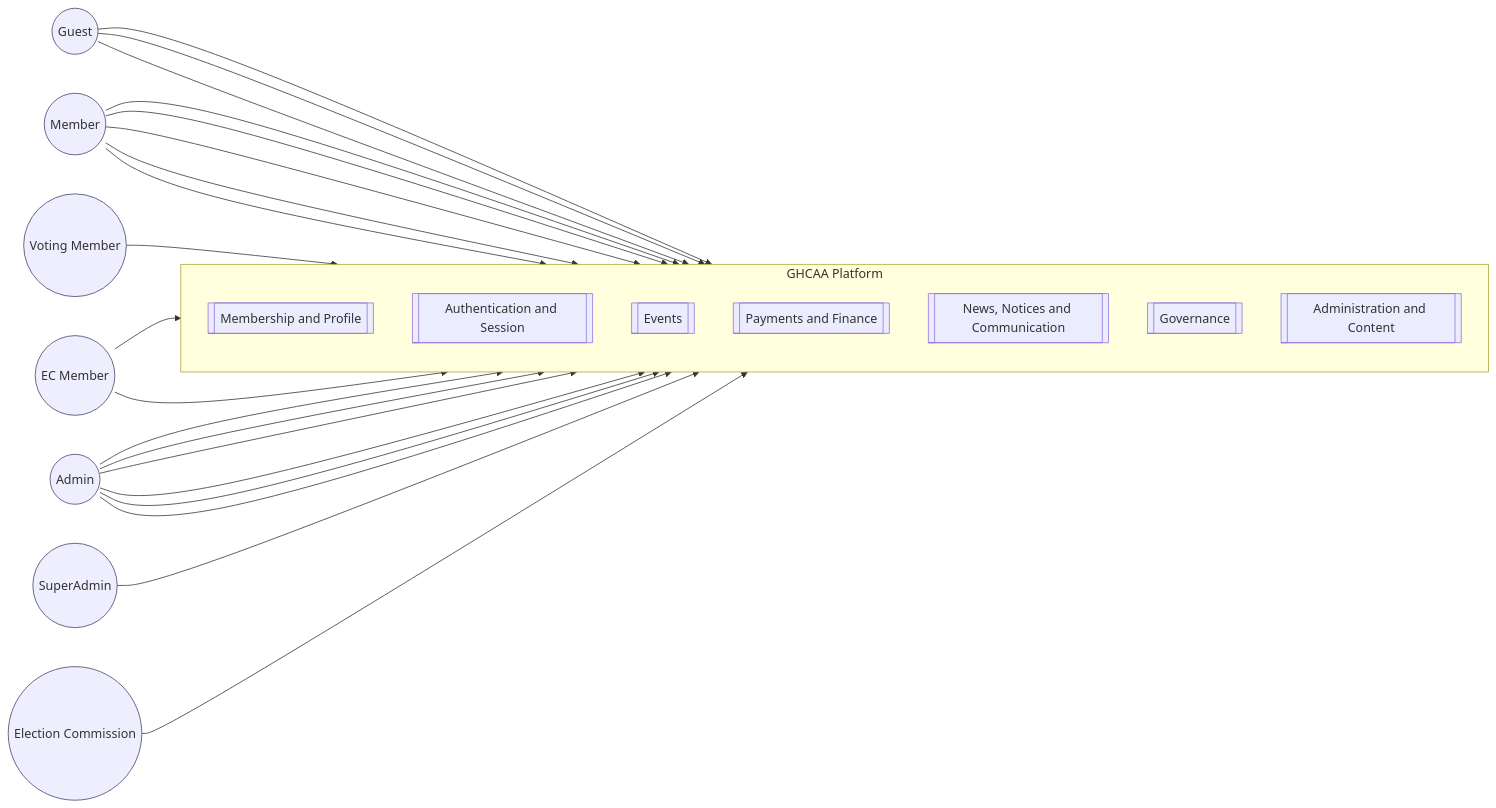
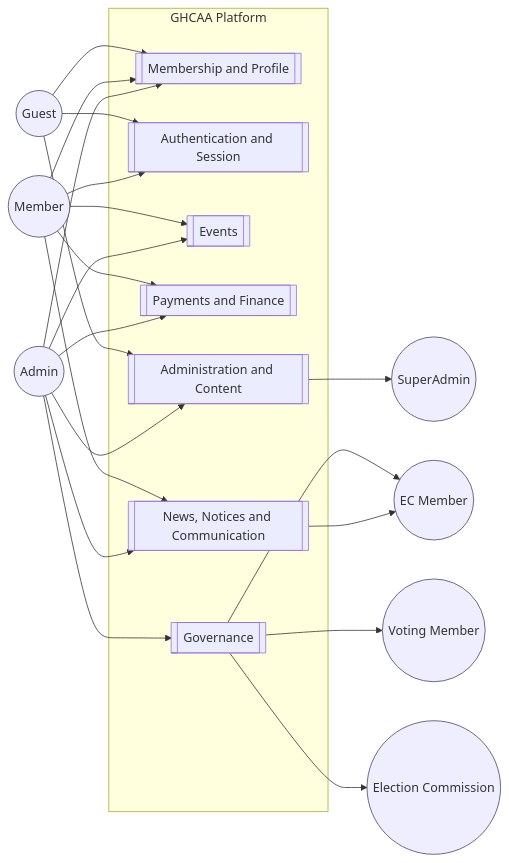
The first of 12 diagrams in docs/book/03-requirements.md (shalin-rahman/GHCAA), drawn with Mermaid before and after one commit. The commit also changed other lines of this file and 42 other files, not shown here.

````diff
--- a/docs/book/03-requirements.md
+++ b/docs/book/03-requirements.md
@@ -711,43 +705,42 @@
 ```mermaid
 flowchart LR
     G(( Guest )):::a
     M(( Member )):::a
+    AD(( Admin )):::a
     V(( Voting Member )):::a
     E(( EC Member )):::a
-    AD(( Admin )):::a
     SA(( SuperAdmin )):::a
     EC(( Election Commission )):::a
 
     subgraph SYS["GHCAA Platform"]
-      direction TB
       P1[["Membership and Profile"]]
       P2[["Authentication and Session"]]
       P3[["Events"]]
       P4[["Payments and Finance"]]
       P5[["News, Notices and Communication"]]
       P6[["Governance"]]
       P7[["Administration and Content"]]
     end
 
     G --> P1
     G --> P2
     G --> P7
     M --> P1
     M --> P2
     M --> P3
     M --> P4
     M --> P5
-    V --> P6
-    E --> P6
-    E --> P5
     AD --> P1
     AD --> P3
     AD --> P4
     AD --> P5
     AD --> P6
     AD --> P7
-    SA --> P7
-    EC --> P6
+    P6 --> V
+    P6 --> E
+    P5 --> E
+    P7 --> SA
+    P6 --> EC
 
     classDef a fill:#eef,stroke:#446
 ```
````
